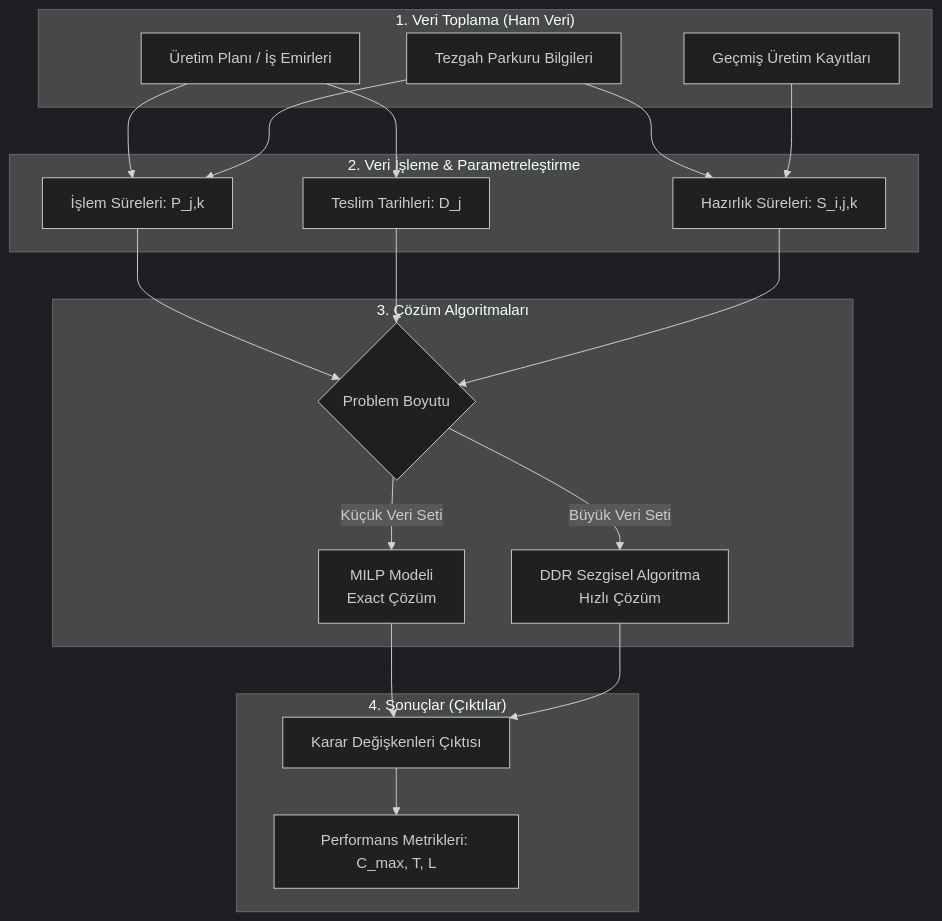
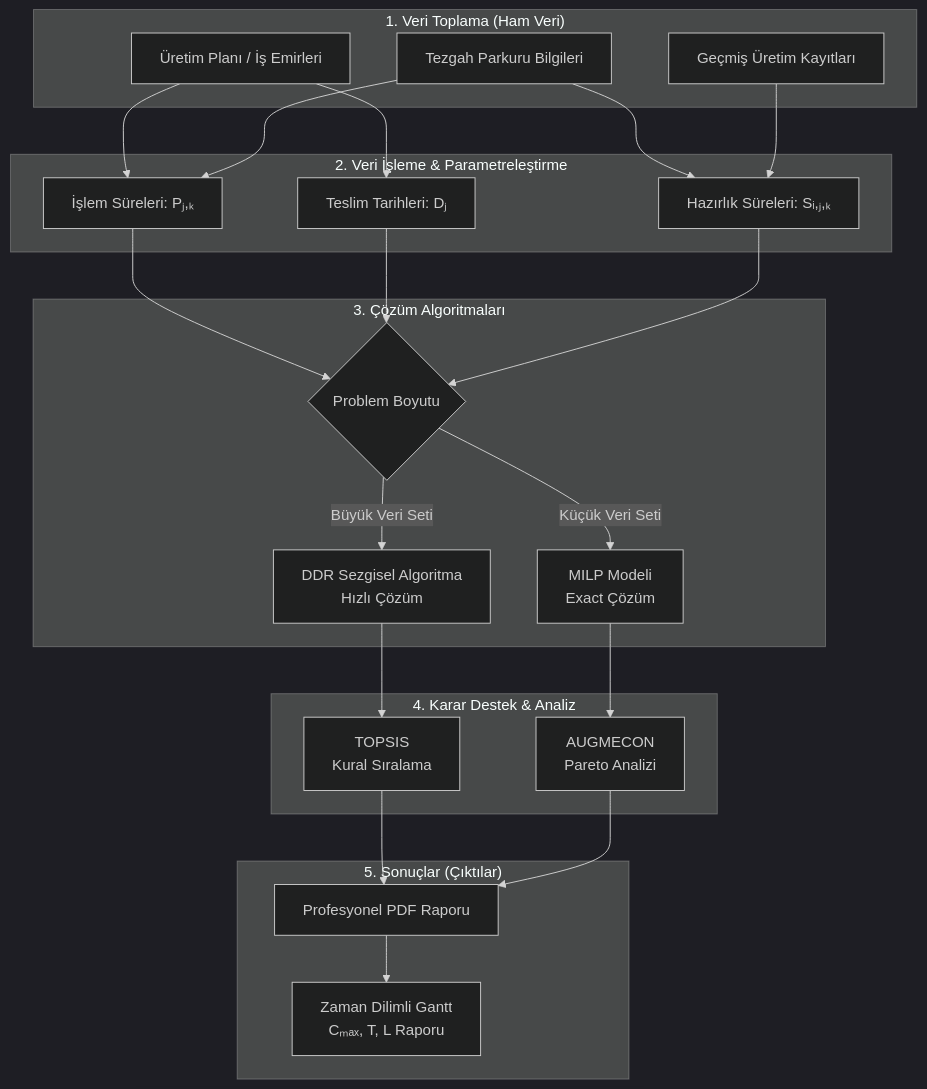
One commit to umuxt/END505E changed the first of 3 diagrams in 10_uygulama_teorik_akis.md. Above: the diagram before and after it, drawn with Mermaid (dark theme). The commit also changed other lines of this file and 23 other files, not shown here.

````diff
--- a/10_uygulama_teorik_akis.md
+++ b/10_uygulama_teorik_akis.md
@@ -9,42 +9,50 @@
 ```mermaid
 graph TD
     subgraph "1. Veri Toplama (Ham Veri)"
         A[Üretim Planı / İş Emirleri]
         B[Tezgah Parkuru Bilgileri]
         C[Geçmiş Üretim Kayıtları]
     end
 
     subgraph "2. Veri İşleme & Parametreleştirme"
-        D[İşlem Süreleri: P_j,k]
-        E[Teslim Tarihleri: D_j]
-        F[Hazırlık Süreleri: S_i,j,k]
+        D[İşlem Süreleri: Pⱼ,ₖ]
+        E[Teslim Tarihleri: Dⱼ]
+        F[Hazırlık Süreleri: Sᵢ,ⱼ,ₖ]
     end
 
     subgraph "3. Çözüm Algoritmaları"
         G{Problem Boyutu}
         H[MILP Modeli <br> Exact Çözüm]
         I[DDR Sezgisel Algoritma <br> Hızlı Çözüm]
     end
 
-    subgraph "4. Sonuçlar (Çıktılar)"
-        J[Karar Değişkenleri Çıktısı]
-        K[Performans Metrikleri: C_max, T, L]
+    subgraph "4. Karar Destek & Analiz"
+        L[TOPSIS <br> Kural Sıralama]
+        M[AUGMECON <br> Pareto Analizi]
+    end
+
+    subgraph "5. Sonuçlar (Çıktılar)"
+        J[Profesyonel PDF Raporu]
+        K[Zaman Dilimli Gantt <br> Cₘₐₓ, T, L Raporu]
     end
 
     A --> D
     A --> E
     B --> D
     B --> F
     C --> F
 
     D --> G
     E --> G
     F --> G
 
     G -->|Küçük Veri Seti| H
     G -->|Büyük Veri Seti| I
 
-    H --> J
-    I --> J
+    H --> M
+    I --> L
+    
+    L --> J
+    M --> J
     J --> K
 ```
````
